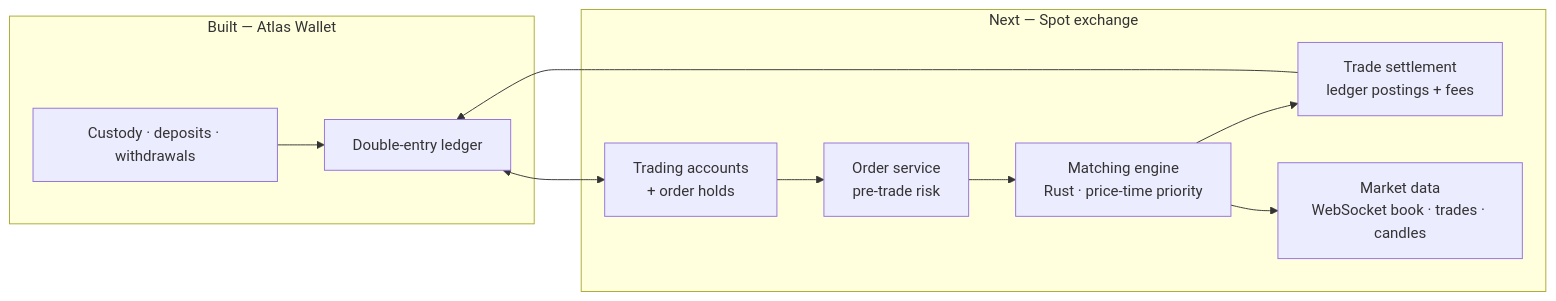
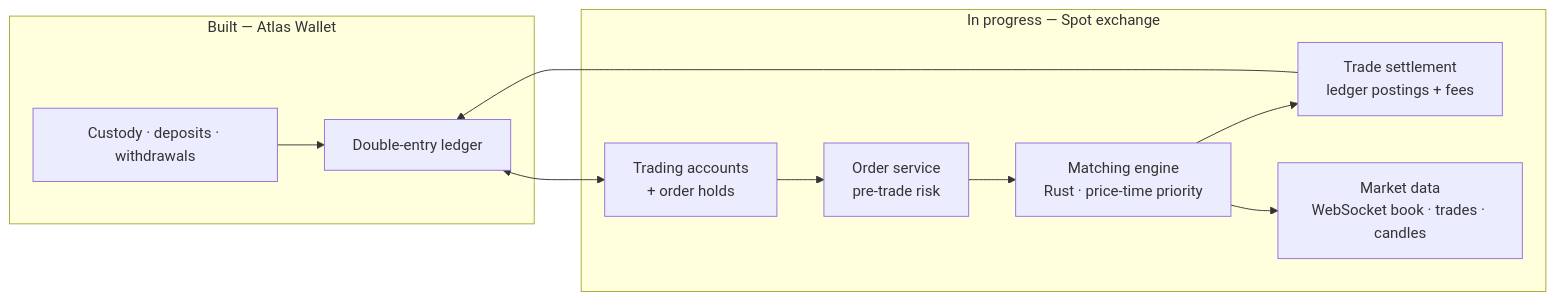
Before and after one commit to DevanshBehl/CEX: the fifth of 5 diagrams in README.md, drawn with Mermaid. The commit also changed other lines of this file and 59 other files, not shown here.

````diff
--- a/README.md
+++ b/README.md
@@ -649,19 +664,19 @@
 ```mermaid
 flowchart LR
     subgraph existing["Built — Atlas Wallet"]
         w["Custody · deposits · withdrawals"]
         l["Double-entry ledger"]
     end
-    subgraph spot["Next — Spot exchange"]
+    subgraph spot["In progress — Spot exchange"]
         acct["Trading accounts<br/>+ order holds"]
         oms["Order service<br/>pre-trade risk"]
         me["Matching engine<br/>Rust · price-time priority"]
         settle["Trade settlement<br/>ledger postings + fees"]
         md["Market data<br/>WebSocket book · trades · candles"]
     end
     w --> l
     l <--> acct
     acct --> oms --> me
     me --> settle --> l
     me --> md
 ```
````
